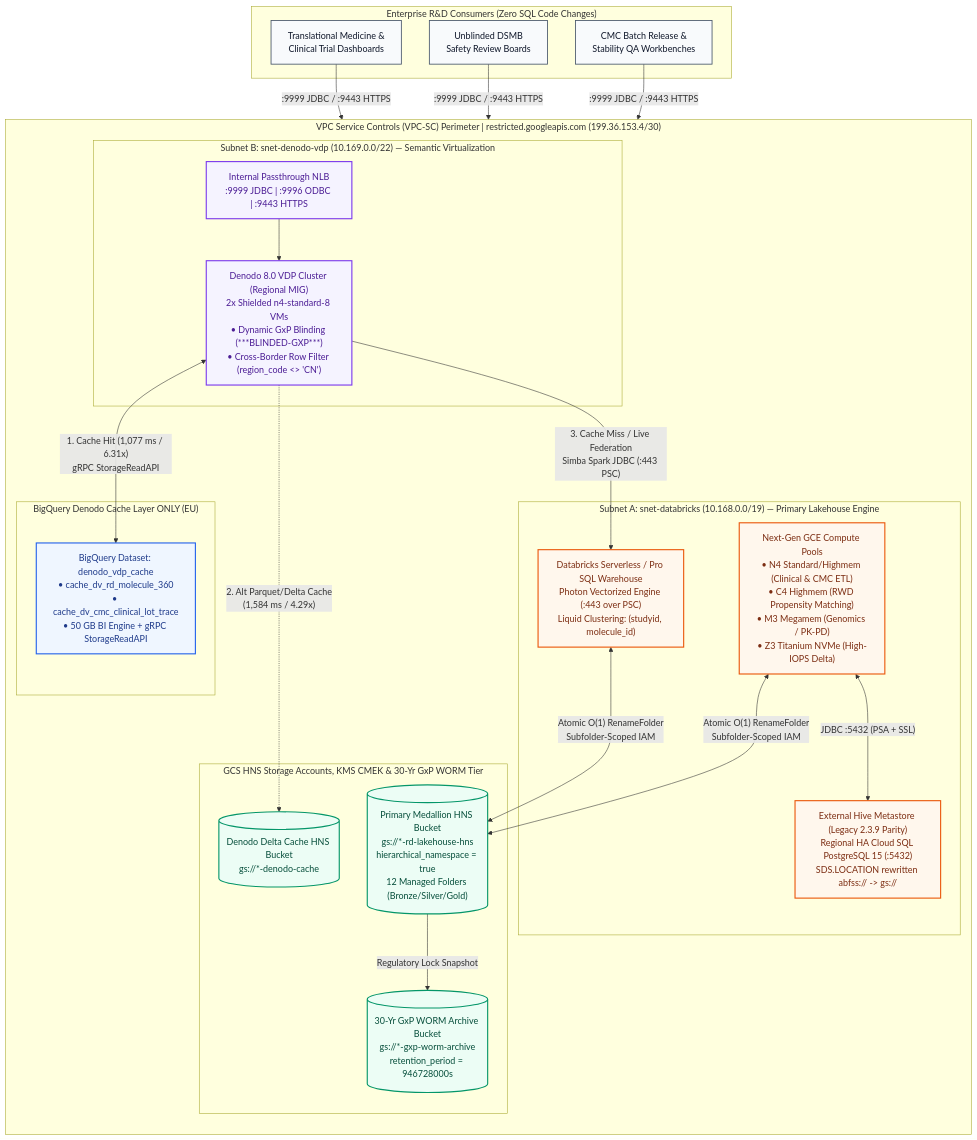
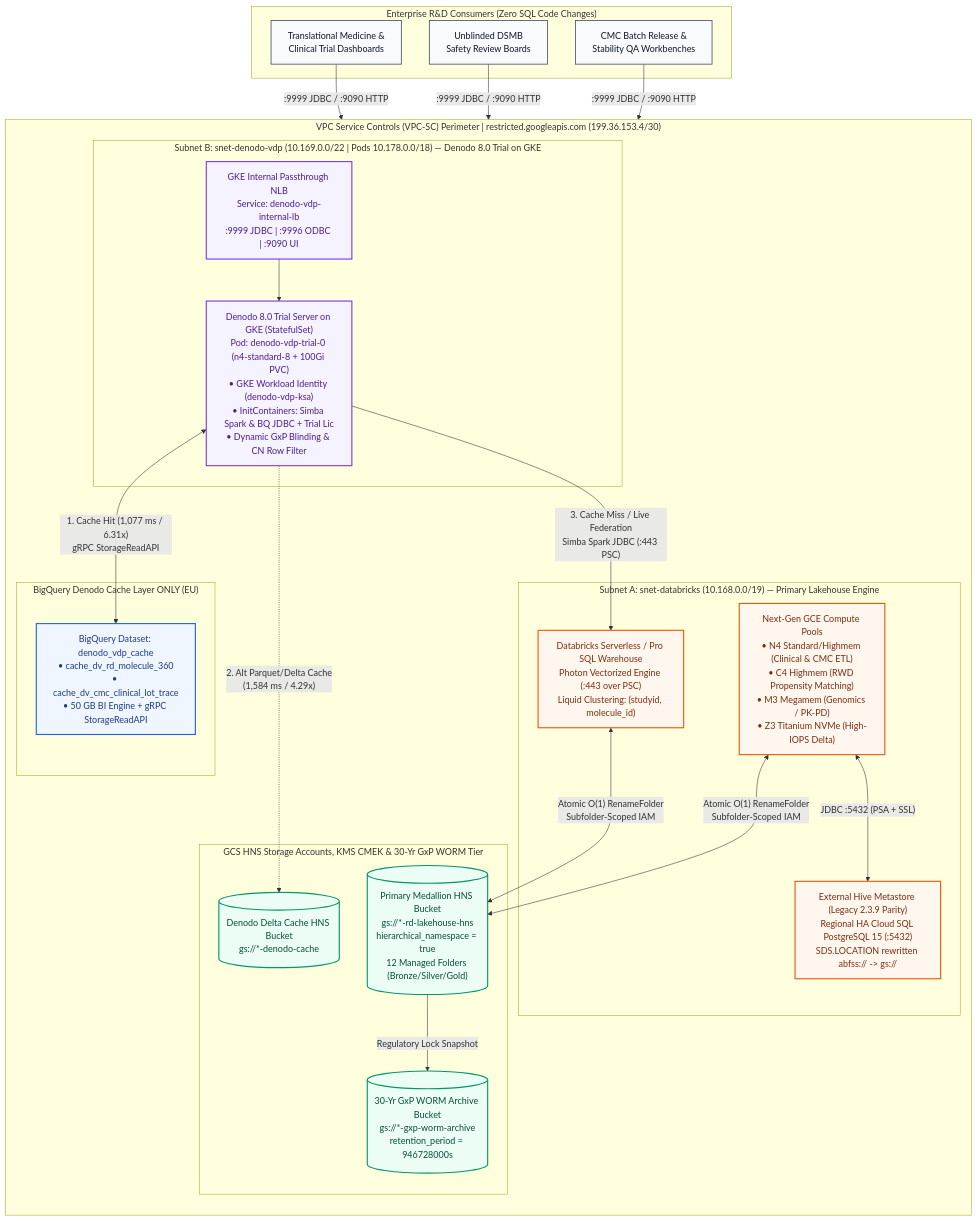
Before and after one commit to saffiali/gcp-databricks-denodo-lakehouse: the second of 3 diagrams in README.md, drawn with Mermaid. The commit also changed other lines of this file and 20 other files, not shown here.

Commit message:
feat(denodo-gke): add Denodo 8.0 Trial Server on GKE installation suite, Terraform GKE cluster, K8s/Helm manifests, and installer

````diff
--- a/README.md
+++ b/README.md
@@ -92,48 +164,48 @@
 ```mermaid
 flowchart TB
     classDef perim fill:#fef2f2,stroke:#dc2626,stroke-width:2px,stroke-dasharray: 6 4,color:#7f1d1d
     classDef storage fill:#ecfdf5,stroke:#059669,stroke-width:2px,color:#064e3b
     classDef dbx fill:#fff7ed,stroke:#ea580c,stroke-width:2px,color:#7c2d12
     classDef denodo fill:#f5f3ff,stroke:#7c3aed,stroke-width:2px,color:#4c1d95
     classDef bq fill:#eff6ff,stroke:#2563eb,stroke-width:2px,color:#1e3a8a
     classDef consumer fill:#f8fafc,stroke:#475569,stroke-width:1.5px,color:#0f172a
 
     subgraph Consumers["Enterprise R&D Consumers (Zero SQL Code Changes)"]
         BI["Translational Medicine &<br/>Clinical Trial Dashboards"]:::consumer
         DSMB["Unblinded DSMB<br/>Safety Review Boards"]:::consumer
         CMC_QA["CMC Batch Release &<br/>Stability QA Workbenches"]:::consumer
     end
 
     subgraph VPCSC["VPC Service Controls (VPC-SC) Perimeter  |  restricted.googleapis.com (199.36.153.4/30)"]
         direction TB
 
-        subgraph DenodoTier["Subnet B: snet-denodo-vdp (10.169.0.0/22) — Semantic Virtualization"]
-            NLB["Internal Passthrough NLB<br/>:9999 JDBC | :9996 ODBC | :9443 HTTPS"]:::denodo
-            VDP["Denodo 8.0 VDP Cluster (Regional MIG)<br/>2x Shielded n4-standard-8 VMs<br/>• Dynamic GxP Blinding (***BLINDED-GXP***)<br/>• Cross-Border Row Filter (region_code <> 'CN')"]:::denodo
+        subgraph DenodoTier["Subnet B: snet-denodo-vdp (10.169.0.0/22 | Pods 10.178.0.0/18) — Denodo 8.0 Trial on GKE"]
+            NLB["GKE Internal Passthrough NLB<br/>Service: denodo-vdp-internal-lb<br/>:9999 JDBC | :9996 ODBC | :9090 UI"]:::denodo
+            VDP["Denodo 8.0 Trial Server on GKE (StatefulSet)<br/>Pod: denodo-vdp-trial-0 (n4-standard-8 + 100Gi PVC)<br/>• GKE Workload Identity (denodo-vdp-ksa)<br/>• InitContainers: Simba Spark & BQ JDBC + Trial Lic<br/>• Dynamic GxP Blinding & CN Row Filter"]:::denodo
         end
 
         subgraph BQCacheTier["BigQuery Denodo Cache Layer ONLY (EU)"]
             BQ["BigQuery Dataset: denodo_vdp_cache<br/>• cache_dv_rd_molecule_360<br/>• cache_dv_cmc_clinical_lot_trace<br/>• 50 GB BI Engine + gRPC StorageReadAPI"]:::bq
         end
 
         subgraph DBXTier["Subnet A: snet-databricks (10.168.0.0/19) — Primary Lakehouse Engine"]
             SQLW["Databricks Serverless / Pro SQL Warehouse<br/>Photon Vectorized Engine (:443 over PSC)<br/>Liquid Clustering: (studyid, molecule_id)"]:::dbx
             POOLS["Next-Gen GCE Compute Pools<br/>• N4 Standard/Highmem (Clinical & CMC ETL)<br/>• C4 Highmem (RWD Propensity Matching)<br/>• M3 Megamem (Genomics / PK-PD)<br/>• Z3 Titanium NVMe (High-IOPS Delta)"]:::dbx
             HMS["External Hive Metastore (Legacy 2.3.9 Parity)<br/>Regional HA Cloud SQL PostgreSQL 15 (:5432)<br/>SDS.LOCATION rewritten abfss:// -> gs://"]:::dbx
         end
 
         subgraph StorageTier["GCS HNS Storage Accounts, KMS CMEK & 30-Yr GxP WORM Tier"]
             HNS[("Primary Medallion HNS Bucket<br/>gs://*-rd-lakehouse-hns<br/>hierarchical_namespace = true<br/>12 Managed Folders (Bronze/Silver/Gold)")]:::storage
             CACHE_BKT[("Denodo Delta Cache HNS Bucket<br/>gs://*-denodo-cache")]:::storage
             WORM[("30-Yr GxP WORM Archive Bucket<br/>gs://*-gxp-worm-archive<br/>retention_period = 946728000s")]:::storage
         end
     end
 
-    BI & DSMB & CMC_QA -->|":9999 JDBC / :9443 HTTPS"| NLB --> VDP
+    BI & DSMB & CMC_QA -->|":9999 JDBC / :9090 HTTP"| NLB --> VDP
     VDP <-->|"1. Cache Hit (1,077 ms / 6.31x)<br/>gRPC StorageReadAPI"| BQ
     VDP -.->|"2. Alt Parquet/Delta Cache<br/>(1,584 ms / 4.29x)"| CACHE_BKT
     VDP -->|"3. Cache Miss / Live Federation<br/>Simba Spark JDBC (:443 PSC)"| SQLW
     SQLW & POOLS <-->|"Atomic O(1) RenameFolder<br/>Subfolder-Scoped IAM"| HNS
     POOLS <-->|"JDBC :5432 (PSA + SSL)"| HMS
     HNS -->|"Regulatory Lock Snapshot"| WORM
 ```
````
